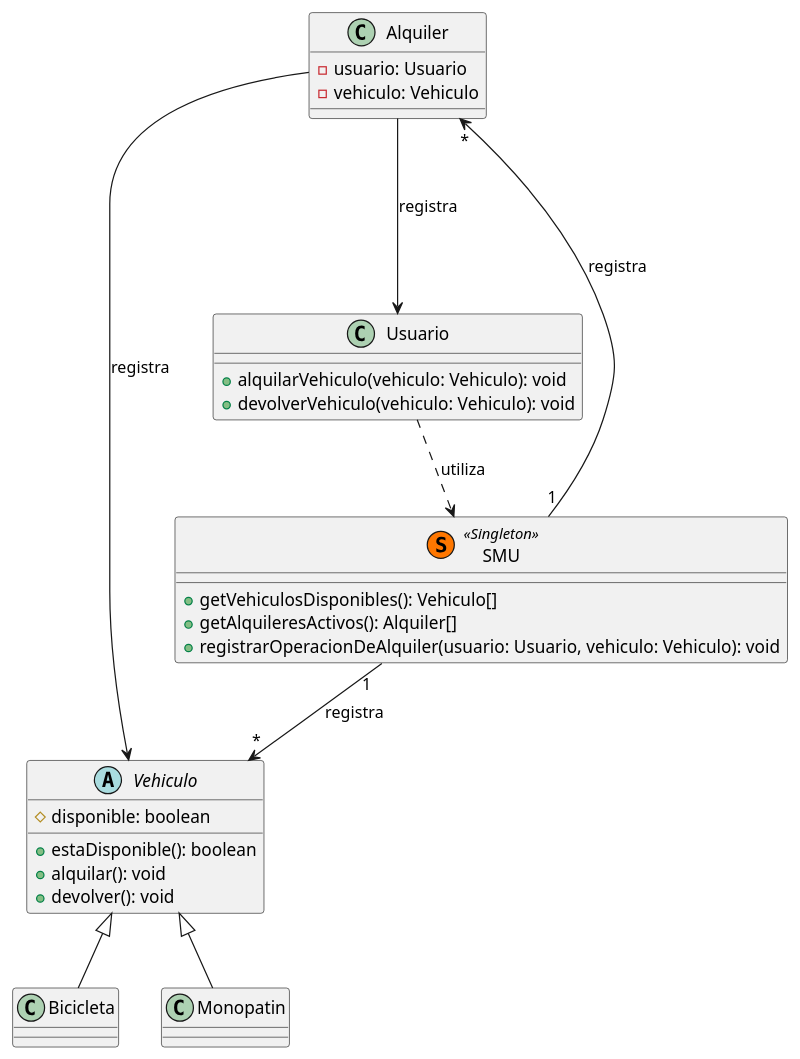
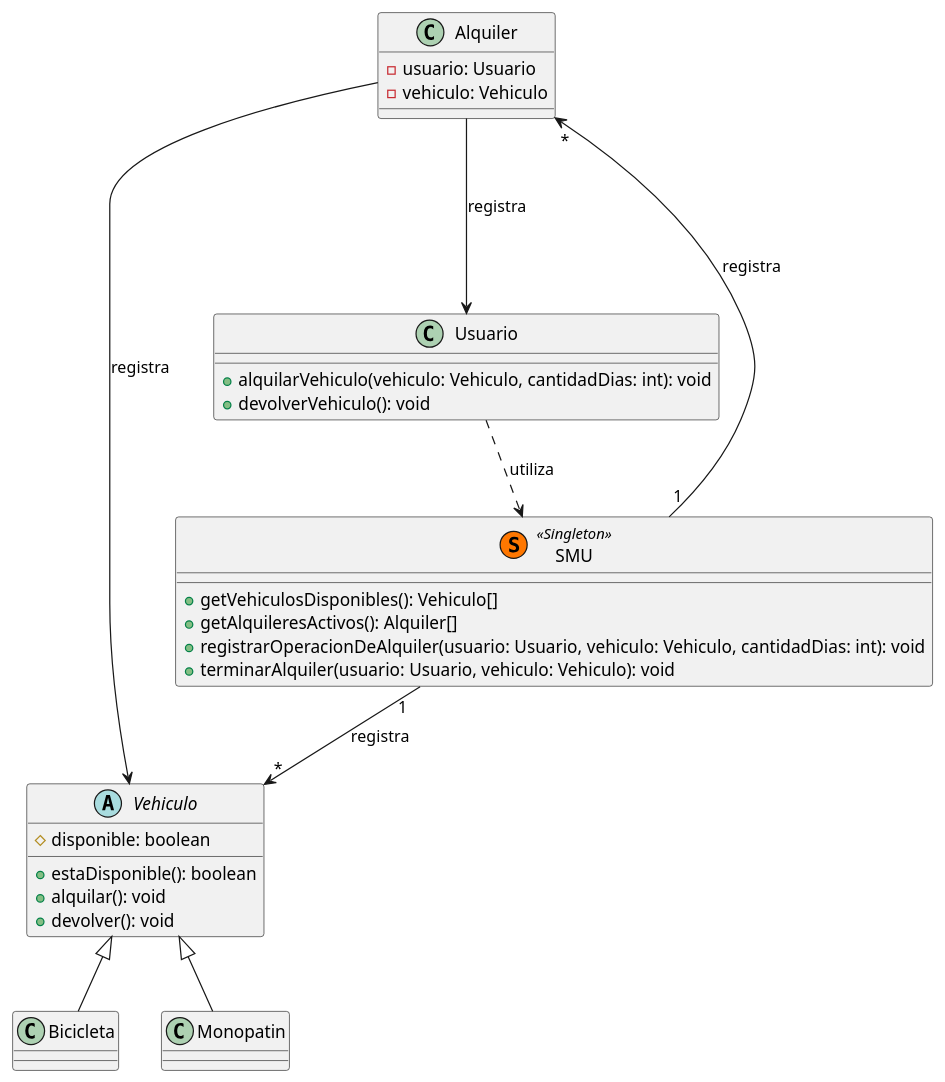
The diagram in uml/diagrama_clases.puml (unahur-obj2-2026c1/movilidad-urbana-CreadorSW), drawn with PlantUML before and after one commit. The commit also changed 1 other file, not shown here.

Commit message:
actualizar diagrama luego de codear

```diff
--- a/uml/diagrama_clases.puml
+++ b/uml/diagrama_clases.puml
@@ -1,42 +1,43 @@
 @startuml
 abstract class Vehiculo {
   #disponible: boolean
   +estaDisponible(): boolean
   +alquilar(): void
   +devolver(): void
 }
 
 class Bicicleta extends Vehiculo {
 }
 
 class Monopatin extends Vehiculo {
 }
 
 class Usuario {
 
-    +alquilarVehiculo(vehiculo: Vehiculo): void
-    +devolverVehiculo(vehiculo: Vehiculo): void
+    +alquilarVehiculo(vehiculo: Vehiculo, cantidadDias: int): void
+    +devolverVehiculo(): void
 
 }
 
 class Alquiler {
     -usuario: Usuario
     -vehiculo: Vehiculo
 
 }
 
 class SMU << (S,#FF7700) Singleton >> {
     +getVehiculosDisponibles(): Vehiculo[]
     +getAlquileresActivos(): Alquiler[]
-    +registrarOperacionDeAlquiler(usuario: Usuario, vehiculo: Vehiculo): void
+    +registrarOperacionDeAlquiler(usuario: Usuario, vehiculo: Vehiculo, cantidadDias: int): void
+    +terminarAlquiler(usuario: Usuario, vehiculo: Vehiculo): void
 
 }
 
 '=== RELACIONES ==='
 SMU "1" --> "*" Alquiler : registra
 SMU "1" --> "*" Vehiculo : registra
 Alquiler ---> Usuario : registra
 Alquiler ---> Vehiculo : registra
 Usuario ..> SMU : utiliza
 
 @enduml
```
